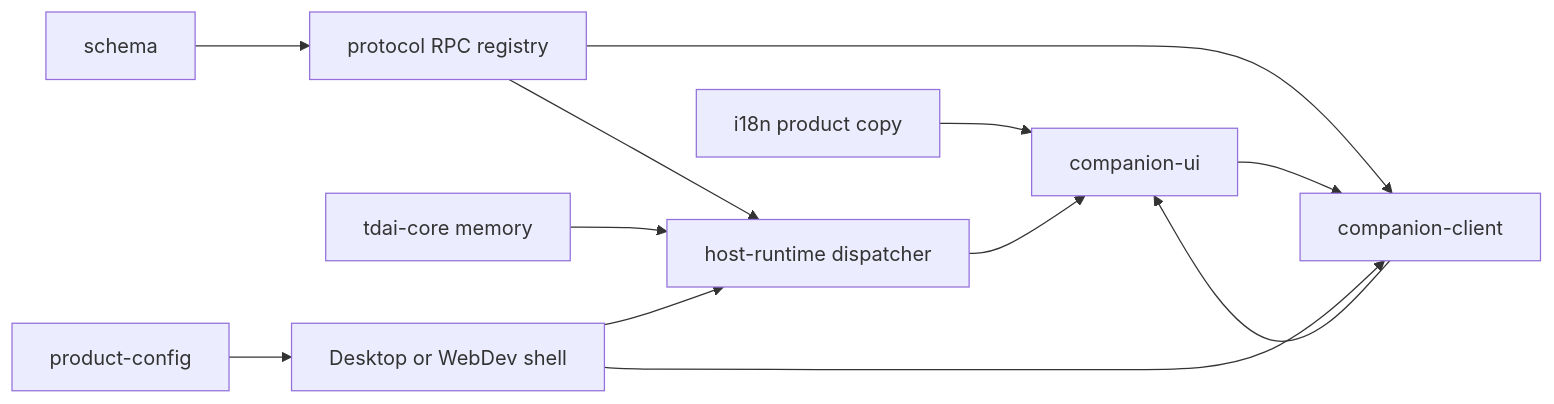
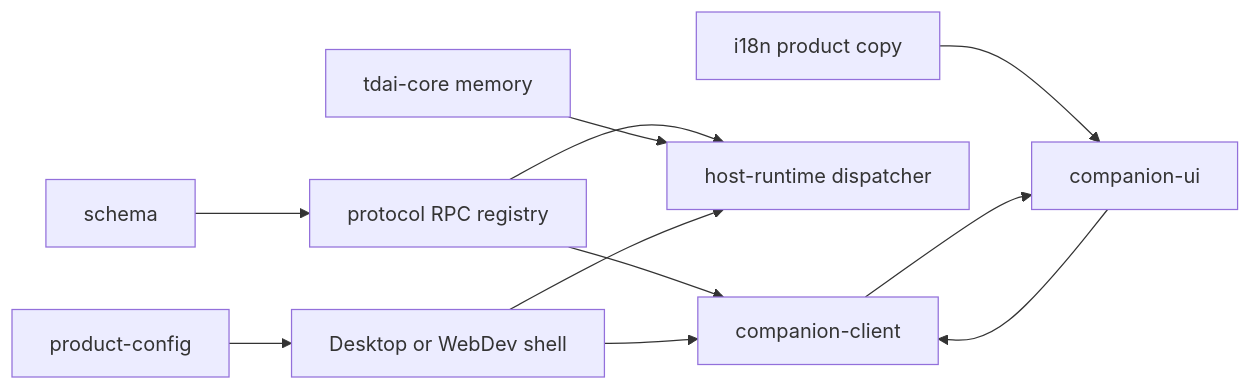
Before and after one commit to fltb/bear-harness: the first of 6 diagrams in docs/refernece/architecture.md, drawn with Mermaid. The commit also changed other lines of this file and 163 other files, not shown here.

````diff
--- a/docs/refernece/architecture.md
+++ b/docs/refernece/architecture.md
@@ -16,14 +14,13 @@
 ```mermaid
 flowchart LR
     Config["product-config"] --> Shells["Desktop or WebDev shell"]
     Schema["schema"] --> Protocol["protocol RPC registry"]
     Protocol --> Client["companion-client"]
     Protocol --> Host["host-runtime dispatcher"]
     Tdai["tdai-core memory"] --> Host
     I18n["i18n product copy"] --> UI["companion-ui"]
     Client --> UI
-    Host --> UI
     UI --> Client
     Shells --> Host
     Shells --> Client
 ```
````
